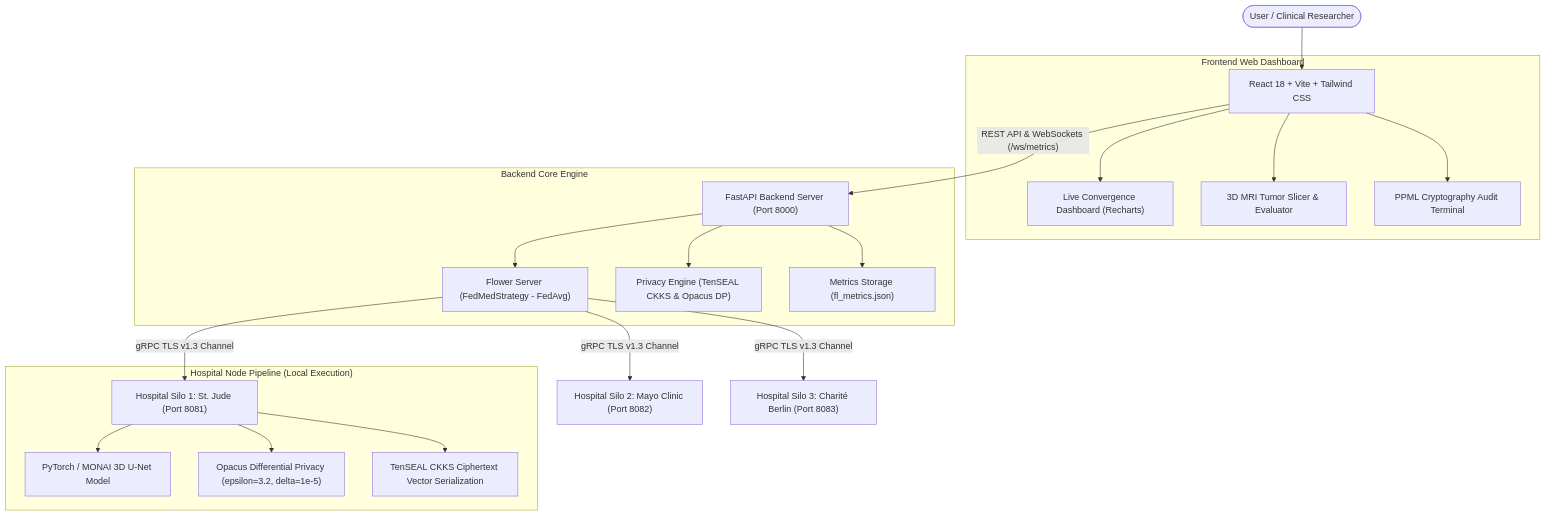
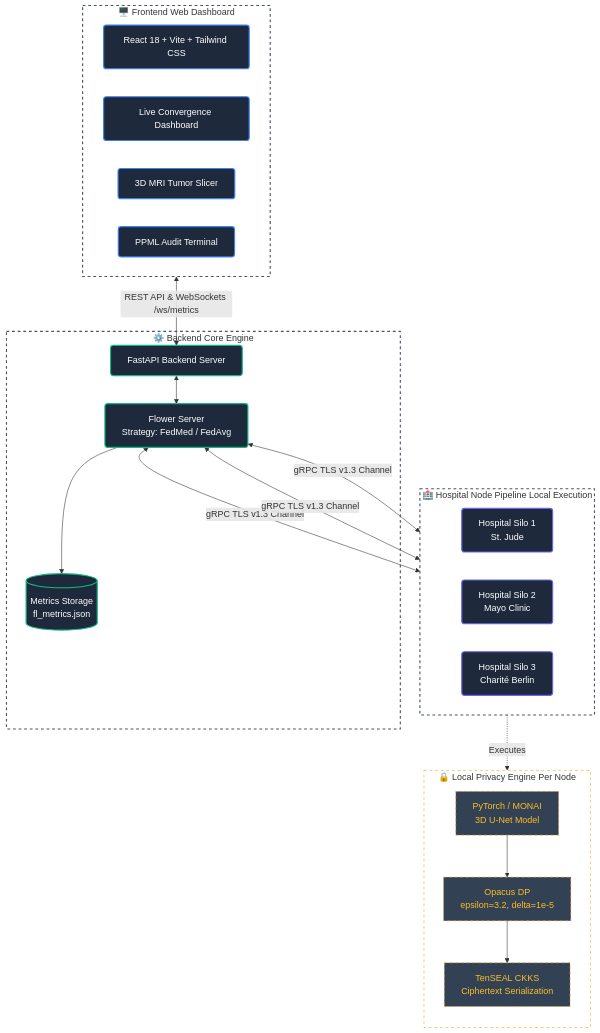
One commit to laiba-razi/fedmed_group2 changed the diagram in README.md. Above: the diagram before and after it, drawn with Mermaid.

Commit message:
Update system architecture diagram in README

````diff
--- a/README.md
+++ b/README.md
@@ -34,28 +34,61 @@
 ```mermaid
-flowchart TD
-    User(["User / Clinical Researcher"]) --> ReactFE["React 18 + Vite + Tailwind CSS"]
-    
-    subgraph S1["Frontend Web Dashboard"]
-        ReactFE --> Dash["Live Convergence Dashboard (Recharts)"]
-        ReactFE --> MRI["3D MRI Tumor Slicer & Evaluator"]
-        ReactFE --> Audit["PPML Cryptography Audit Terminal"]
+graph TD
+    %% Custom Styles for Nodes
+    classDef frontend fill:#1e293b,stroke:#3b82f6,stroke-width:2px,color:#fff,rx:5px,ry:5px;
+    classDef server fill:#1e293b,stroke:#10b981,stroke-width:2px,color:#fff,rx:5px,ry:5px;
+    classDef client fill:#1e293b,stroke:#6366f1,stroke-width:2px,color:#fff,rx:5px,ry:5px;
+    classDef privacy fill:#334155,stroke:#f59e0b,stroke-width:1px,color:#fbbf24,stroke-dasharray: 5 5;
+
+    %% Tier 1: Frontend
+    subgraph UI [🖥️ Frontend Web Dashboard]
+        direction LR
+        React[React 18 + Vite + Tailwind CSS]:::frontend
+        Dash[Live Convergence Dashboard]:::frontend
+        Slicer[3D MRI Tumor Slicer]:::frontend
+        Audit[PPML Audit Terminal]:::frontend
     end
-    
-    ReactFE -->|"REST API & WebSockets (/ws/metrics)"| FastAPI["FastAPI Backend Server (Port 8000)"]
-    
-    subgraph S2["Backend Core Engine"]
-        FastAPI --> FlowerServer["Flower Server (FedMedStrategy - FedAvg)"]
-        FastAPI --> PrivacyEngine["Privacy Engine (TenSEAL CKKS & Opacus DP)"]
-        FastAPI --> MetricsLog["Metrics Storage (fl_metrics.json)"]
+
+    %% Tier 2: Backend Aggregation
+    subgraph Backend [⚙️ Backend Core Engine]
+        API[FastAPI Backend Server]:::server
+        Flwr[Flower Server <br> Strategy: FedMed / FedAvg]:::server
+        Store[(Metrics Storage <br> fl_metrics.json)]:::server
+        
+        API <--> Flwr
+        Flwr --> Store
     end
-    
-    FlowerServer -->|"gRPC TLS v1.3 Channel"| Node1["Hospital Silo 1: St. Jude (Port 8081)"]
-    FlowerServer -->|"gRPC TLS v1.3 Channel"| Node2["Hospital Silo 2: Mayo Clinic (Port 8082)"]
-    FlowerServer -->|"gRPC TLS v1.3 Channel"| Node3["Hospital Silo 3: Charité Berlin (Port 8083)"]
-    
-    subgraph S3["Hospital Node Pipeline (Local Execution)"]
-        Node1 --> PyTorch1["PyTorch / MONAI 3D U-Net Model"]
-        Node1 --> DP1["Opacus Differential Privacy (epsilon=3.2, delta=1e-5)"]
-        Node1 --> CKKS1["TenSEAL CKKS Ciphertext Vector Serialization"]
+
+    %% Connection between Frontend and Backend
+    React <-->|REST API & WebSockets /ws/metrics| API
+
+    %% Tier 3: Hospital Nodes
+    subgraph Clients [🏥 Hospital Node Pipeline Local Execution]
+        direction LR
+        Silo1[Hospital Silo 1 <br> St. Jude]:::client
+        Silo2[Hospital Silo 2 <br> Mayo Clinic]:::client
+        Silo3[Hospital Silo 3 <br> Charité Berlin]:::client
     end
+
+    %% FL Communication Loop
+    Flwr <-->|gRPC TLS v1.3 Channel| Silo1
+    Flwr <-->|gRPC TLS v1.3 Channel| Silo2
+    Flwr <-->|gRPC TLS v1.3 Channel| Silo3
+
+    %% Privacy Engine Details (Linked to a node for context)
+    subgraph LocalEngine [🔒 Local Privacy Engine Per Node]
+        direction TB
+        Model[PyTorch / MONAI <br> 3D U-Net Model]:::privacy
+        DP[Opacus DP <br> epsilon=3.2, delta=1e-5]:::privacy
+        HE[TenSEAL CKKS <br> Ciphertext Serialization]:::privacy
+        
+        Model --> DP --> HE
+    end
+
+    Silo1 -.->|Executes| LocalEngine
+
+    %% --- Subgraph Background Styling (Removes default beige/grey fills) ---
+    style UI fill:transparent,stroke:#475569,stroke-width:2px,stroke-dasharray: 5 5
+    style Backend fill:transparent,stroke:#475569,stroke-width:2px,stroke-dasharray: 5 5
+    style Clients fill:transparent,stroke:#475569,stroke-width:2px,stroke-dasharray: 5 5
+    style LocalEngine fill:transparent,stroke:#f59e0b,stroke-width:1px,stroke-dasharray: 5 5
 ```
````
